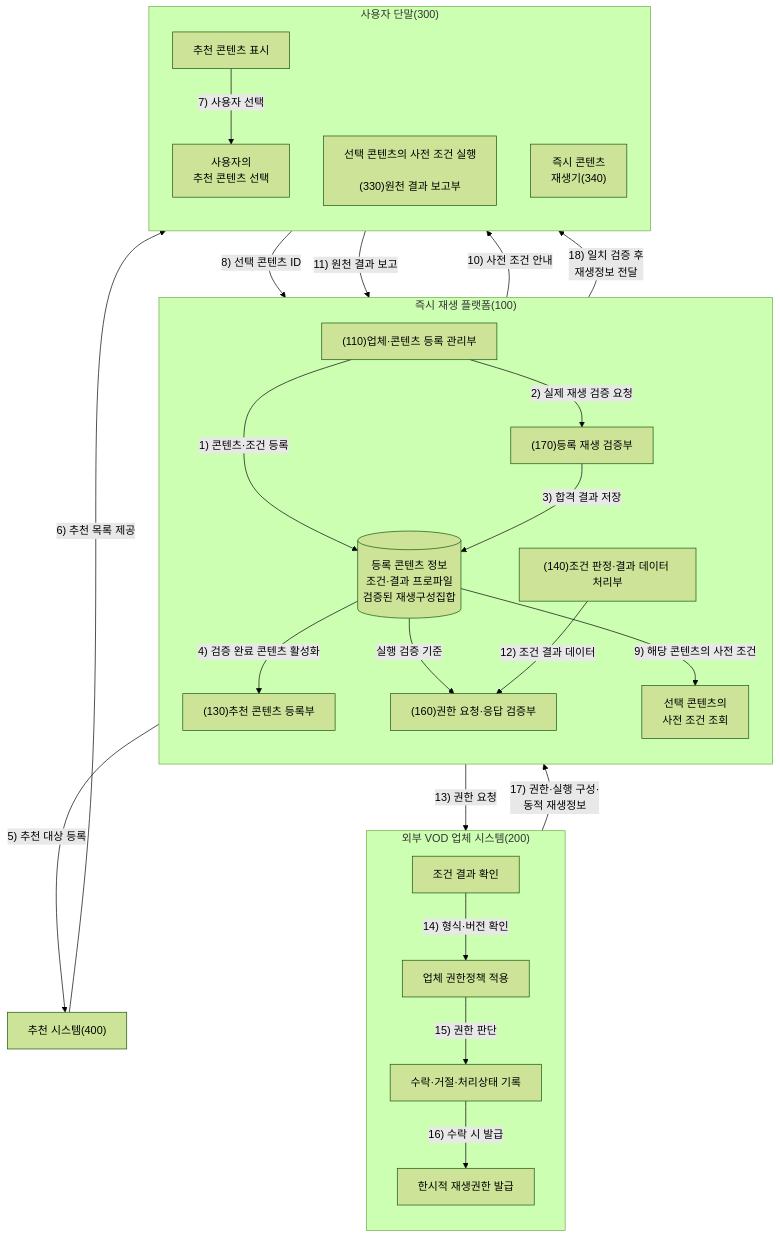
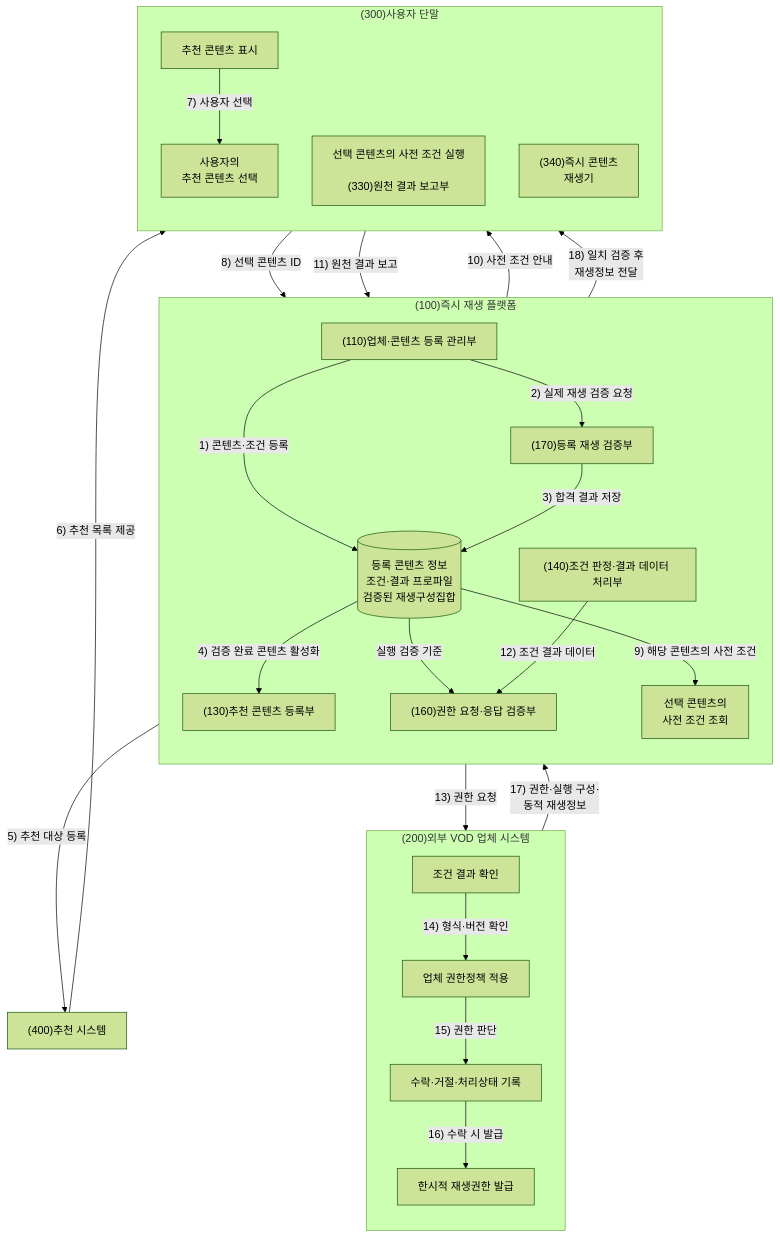
One commit to growdai1y/instant-play changed the seventh of 11 diagrams in instant_play_직무발명서_가독성개선본.md. Above: the diagram before and after it, drawn with Mermaid (forest theme). The commit also changed other lines of this file and 1 other file, not shown here.

Commit message:
Standardize Mermaid diagram identifiers

````diff
--- a/instant_play_직무발명서_가독성개선본.md
+++ b/instant_play_직무발명서_가독성개선본.md
@@ -607,52 +607,52 @@
 ```mermaid
 flowchart TB
-    subgraph P["즉시 재생 플랫폼(100)"]
+    subgraph P["(100)즉시 재생 플랫폼"]
         direction TB
         R["(110)업체·콘텐츠 등록 관리부"]
         V["(170)등록 재생 검증부"]
         S[("등록 콘텐츠 정보<br/>조건·결과 프로파일<br/>검증된 재생구성집합")]
         RR["(130)추천 콘텐츠 등록부"]
         Q["선택 콘텐츠의<br/>사전 조건 조회"]
         C["(140)조건 판정·결과 데이터 처리부"]
         G["(160)권한 요청·응답 검증부"]
 
         R -->|"1) 콘텐츠·조건 등록"| S
         R -->|"2) 실제 재생 검증 요청"| V
         V -->|"3) 합격 결과 저장"| S
         S -->|"4) 검증 완료 콘텐츠 활성화"| RR
         S -->|"실행 검증 기준"| G
     end
 
-    M["추천 시스템(400)"]
+    M["(400)추천 시스템"]
 
-    subgraph O["외부 VOD 업체 시스템(200)"]
+    subgraph O["(200)외부 VOD 업체 시스템"]
         direction TB
         O1["조건 결과 확인"]
         O2["업체 권한정책 적용"]
         O3["수락·거절·처리상태 기록"]
         O4["한시적 재생권한 발급"]
         O1 -->|"14) 형식·버전 확인"| O2
         O2 -->|"15) 권한 판단"| O3
         O3 -->|"16) 수락 시 발급"| O4
     end
 
-    subgraph D["사용자 단말(300)"]
+    subgraph D["(300)사용자 단말"]
         direction TB
         D0["추천 콘텐츠 표시"]
         DS["사용자의<br/>추천 콘텐츠 선택"]
         D1["선택 콘텐츠의 사전 조건 실행<br/><br/>(330)원천 결과 보고부"]
-        D2["즉시 콘텐츠<br/>재생기(340)"]
+        D2["(340)즉시 콘텐츠<br/>재생기"]
         D0 -->|"7) 사용자 선택"| DS
     end
 
     RR -->|"5) 추천 대상 등록"| M
     M -->|"6) 추천 목록 제공"| D0
     DS -->|"8) 선택 콘텐츠 ID"| Q
     S -->|"9) 해당 콘텐츠의 사전 조건"| Q
     Q -->|"10) 사전 조건 안내"| D1
     D1 -->|"11) 원천 결과 보고"| C
     C -->|"12) 조건 결과 데이터"| G
     G -->|"13) 권한 요청"| O1
     O4 -->|"17) 권한·실행 구성·<br/>동적 재생정보"| G
     G -->|"18) 일치 검증 후<br/>재생정보 전달"| D2
 ```
````
